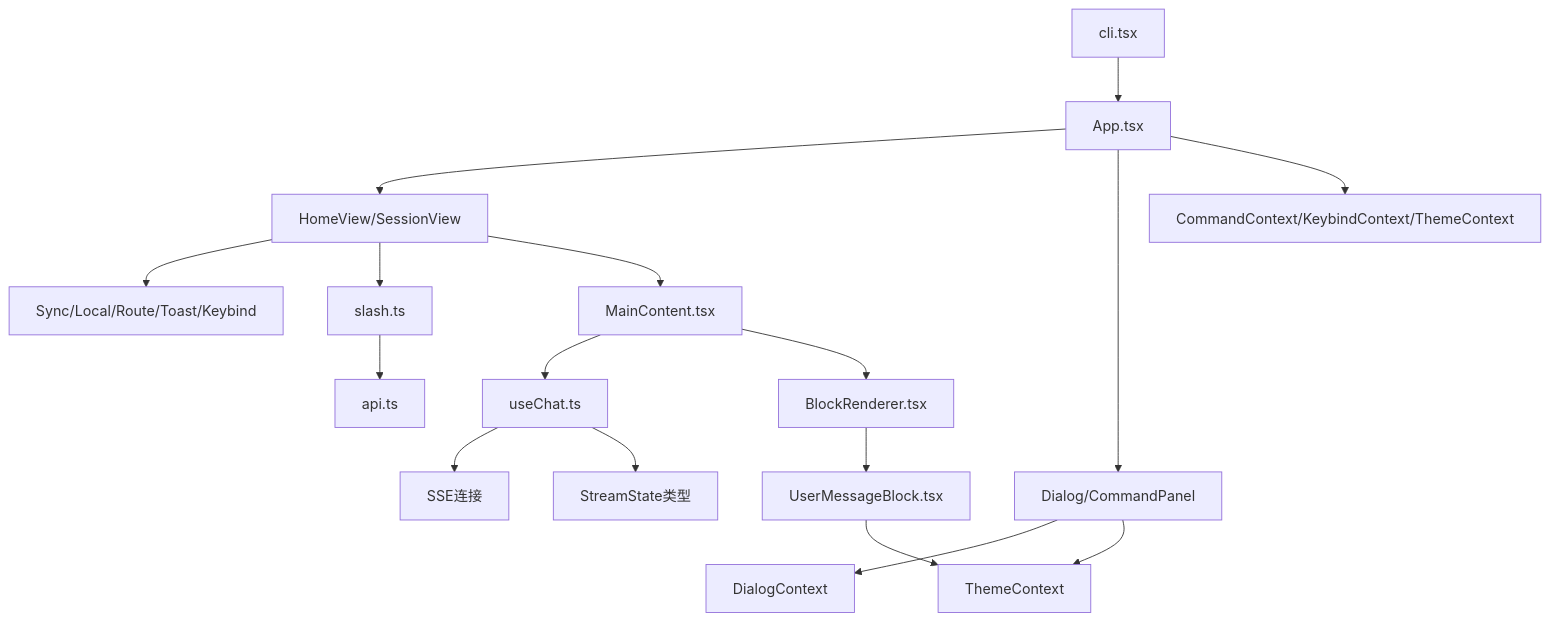
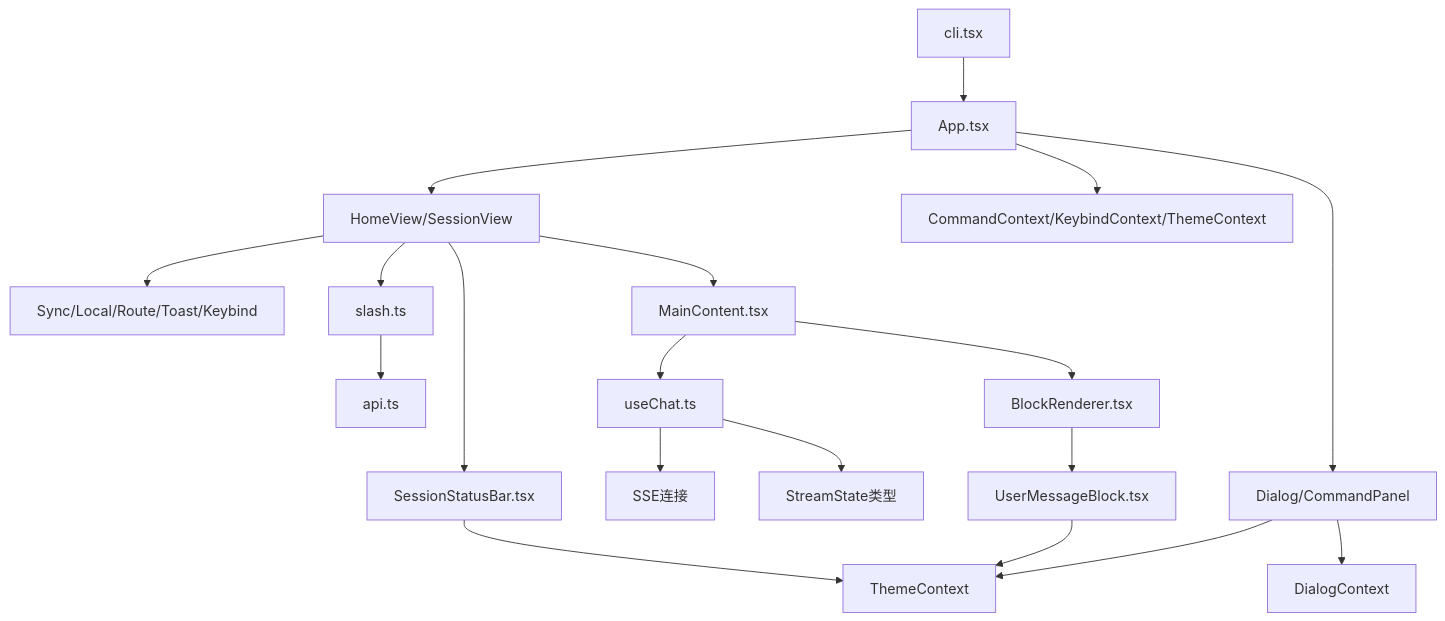
One commit to iammm0/secbot changed diagram 15 of 15 in .qoder/repowiki/zh/content/用户界面/命令行界面 (Terminal UI)/命令行界面 (Terminal UI).md. Above: the diagram before and after it, drawn with Mermaid. The commit also changed other lines of this file and 10 other files, not shown here.

````diff
--- a/.qoder/repowiki/zh/content/用户界面/命令行界面 (Terminal UI)/命令行界面 (Terminal UI).md
+++ b/.qoder/repowiki/zh/content/用户界面/命令行界面 (Terminal UI)/命令行界面 (Terminal UI).md
@@ -500,19 +561,21 @@
 ```mermaid
 graph TB
 CLI["cli.tsx"] --> App["App.tsx"]
 App --> Views["HomeView/SessionView"]
 App --> DialogComp["Dialog/CommandPanel"]
 Views --> Sync["Sync/Local/Route/Toast/Keybind"]
 DialogComp --> DialogCtx["DialogContext"]
 DialogComp --> ThemeCtx["ThemeContext"]
 Views --> Slash["slash.ts"]
 Slash --> API["api.ts"]
 App --> Ctxs["CommandContext/KeybindContext/ThemeContext"]
 Views --> MainContent["MainContent.tsx"]
 MainContent --> useChat["useChat.ts"]
 useChat --> SSE["SSE连接"]
 useChat --> StreamState["StreamState类型"]
 MainContent --> BlockRenderer["BlockRenderer.tsx"]
 BlockRenderer --> UserMessageBlock["UserMessageBlock.tsx"]
 UserMessageBlock --> ThemeCtx
+Views --> SessionStatusBar["SessionStatusBar.tsx"]
+SessionStatusBar --> ThemeCtx
 ```
````
